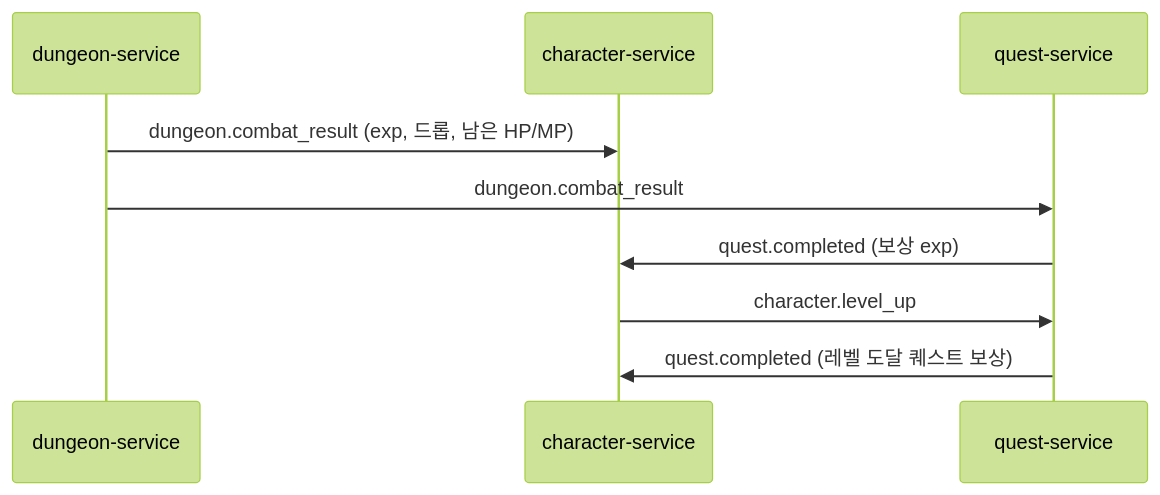
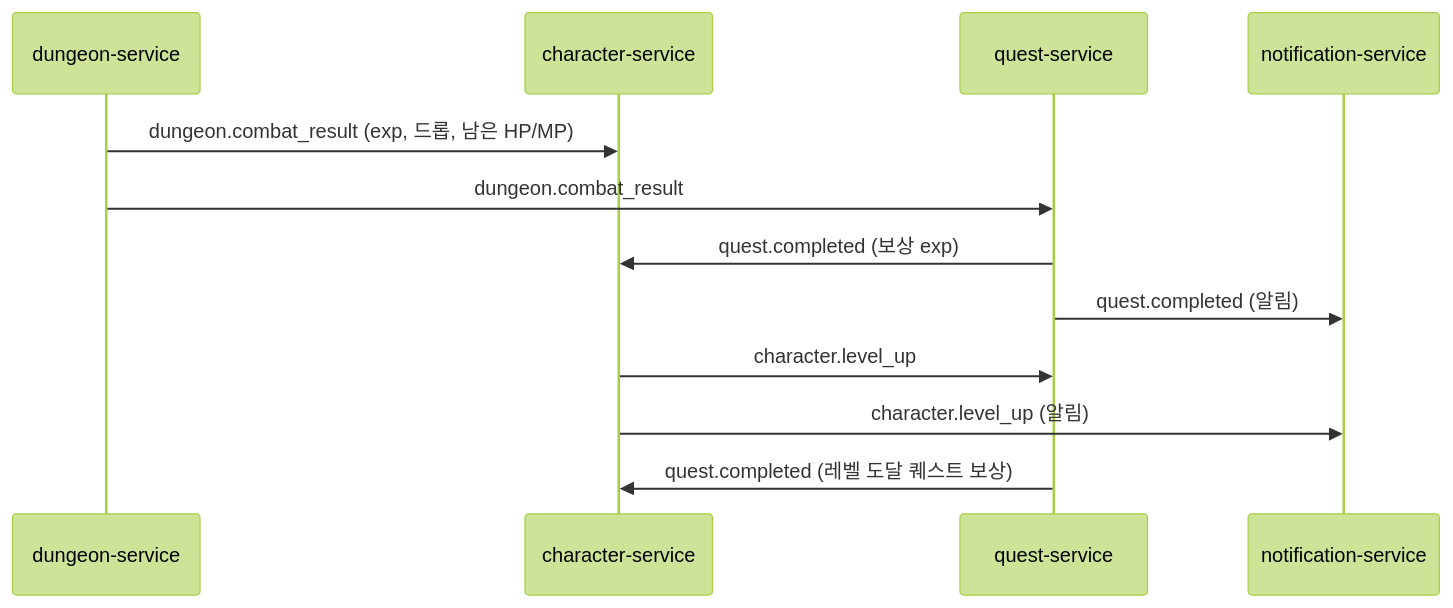
One commit to scy0416/dungeon_crawler_text_rpg changed the second of 2 diagrams in README.md. Above: the diagram before and after it, drawn with Mermaid (forest theme). The commit also changed other lines of this file and 6 other files, not shown here.

Commit message:
chore: notification-service 인프라(DB 초기화 멱등화, compose) 및 문서 갱신

````diff
--- a/README.md
+++ b/README.md
@@ -52,11 +57,14 @@
 ```mermaid
 sequenceDiagram
     participant D as dungeon-service
     participant C as character-service
     participant Q as quest-service
+    participant N as notification-service
     D->>C: dungeon.combat_result (exp, 드롭, 남은 HP/MP)
     D->>Q: dungeon.combat_result
     Q->>C: quest.completed (보상 exp)
+    Q->>N: quest.completed (알림)
     C->>Q: character.level_up
+    C->>N: character.level_up (알림)
     Q->>C: quest.completed (레벨 도달 퀘스트 보상)
 ```
````
